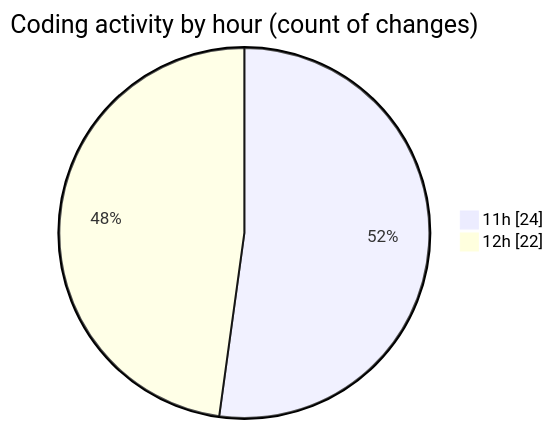
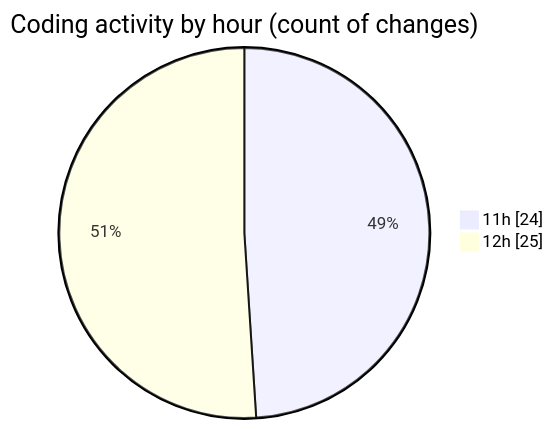
One commit to nxtqubesakshisongat/code-tracking changed the second of 2 diagrams in 2025-05-10/argos-dev/README.md. Above: the diagram before and after it, drawn with Mermaid. The commit also changed other lines of this file and 1 other file, not shown here.

````diff
--- a/2025-05-10/argos-dev/README.md
+++ b/2025-05-10/argos-dev/README.md
@@ -29,6 +29,6 @@
 ```mermaid
 pie showData
 title Coding activity by hour (count of changes)
 "11h" : 24
-"12h" : 22
+"12h" : 25
 ```
````
